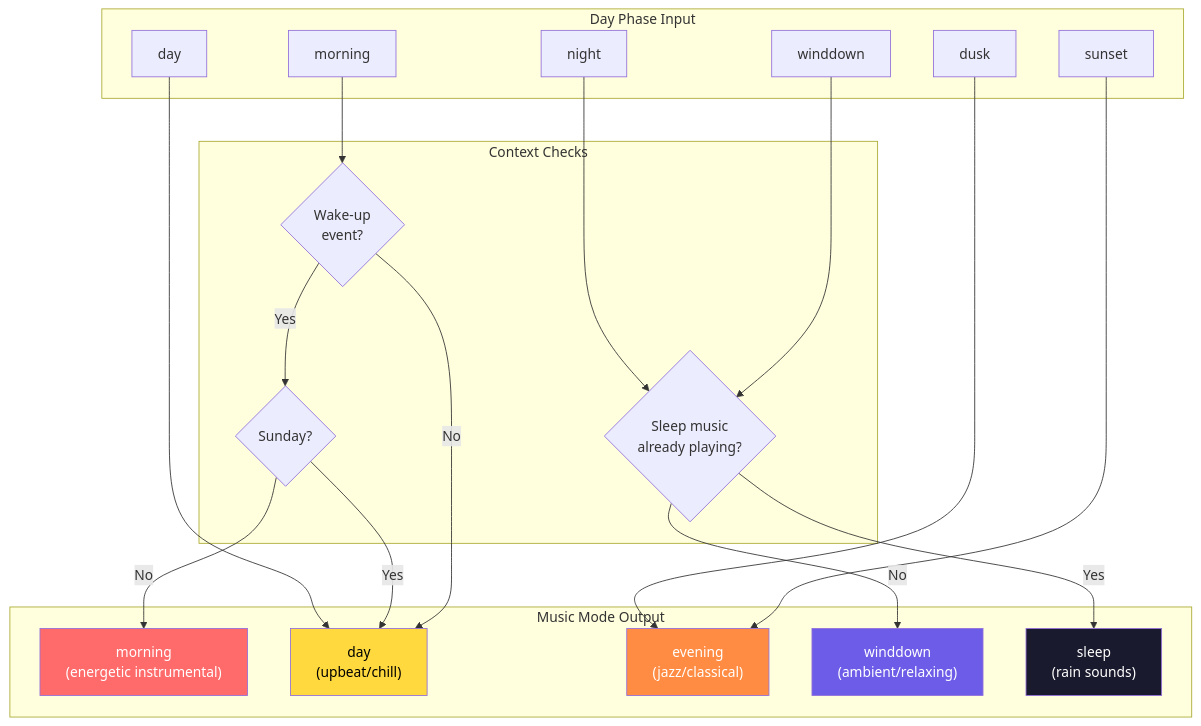
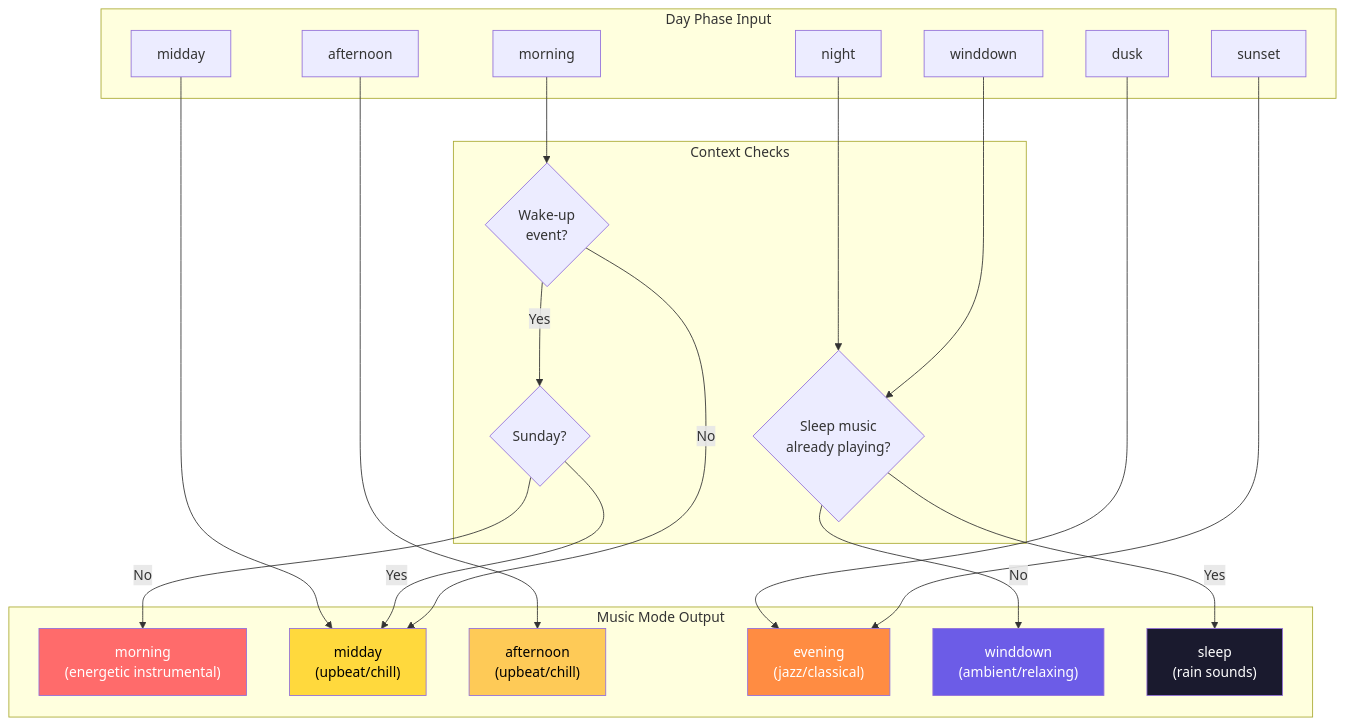
Before and after one commit to NickBorgers/home-automation: the third of 6 diagrams in docs/flows/DAY_PHASE_MODES.md, drawn with Mermaid. The commit also changed other lines of this file and 12 other files, not shown here.

First line of the commit message:
feat(dayphase): Add midday and afternoon phases

````diff
--- a/docs/flows/DAY_PHASE_MODES.md
+++ b/docs/flows/DAY_PHASE_MODES.md
@@ -91,47 +98,51 @@
 ```mermaid
 flowchart TD
     subgraph DayPhase["Day Phase Input"]
         DP_morning["morning"]
-        DP_day["day"]
+        DP_midday["midday"]
+        DP_afternoon["afternoon"]
         DP_sunset["sunset"]
         DP_dusk["dusk"]
         DP_winddown["winddown"]
         DP_night["night"]
     end
 
     subgraph Context["Context Checks"]
         wakeup{"Wake-up<br/>event?"}
         sunday{"Sunday?"}
         sleeping{"Sleep music<br/>already playing?"}
     end
 
     subgraph MusicMode["Music Mode Output"]
         MM_morning["morning<br/>(energetic instrumental)"]
-        MM_day["day<br/>(upbeat/chill)"]
+        MM_midday["midday<br/>(upbeat/chill)"]
+        MM_afternoon["afternoon<br/>(upbeat/chill)"]
         MM_evening["evening<br/>(jazz/classical)"]
         MM_winddown["winddown<br/>(ambient/relaxing)"]
         MM_sleep["sleep<br/>(rain sounds)"]
     end
 
     DP_morning --> wakeup
     wakeup -->|Yes| sunday
-    wakeup -->|No| MM_day
-    sunday -->|Yes| MM_day
+    wakeup -->|No| MM_midday
+    sunday -->|Yes| MM_midday
     sunday -->|No| MM_morning
 
-    DP_day --> MM_day
+    DP_midday --> MM_midday
+    DP_afternoon --> MM_afternoon
 
     DP_sunset --> MM_evening
     DP_dusk --> MM_evening
 
     DP_winddown --> sleeping
     DP_night --> sleeping
     sleeping -->|Yes| MM_sleep
     sleeping -->|No| MM_winddown
 
     style MM_morning fill:#ff6b6b,color:#fff
-    style MM_day fill:#ffd93d,color:#000
+    style MM_midday fill:#ffd93d,color:#000
+    style MM_afternoon fill:#feca57,color:#000
     style MM_evening fill:#ff8c42,color:#fff
     style MM_winddown fill:#6c5ce7,color:#fff
     style MM_sleep fill:#1a1a2e,color:#fff
 ```
````
